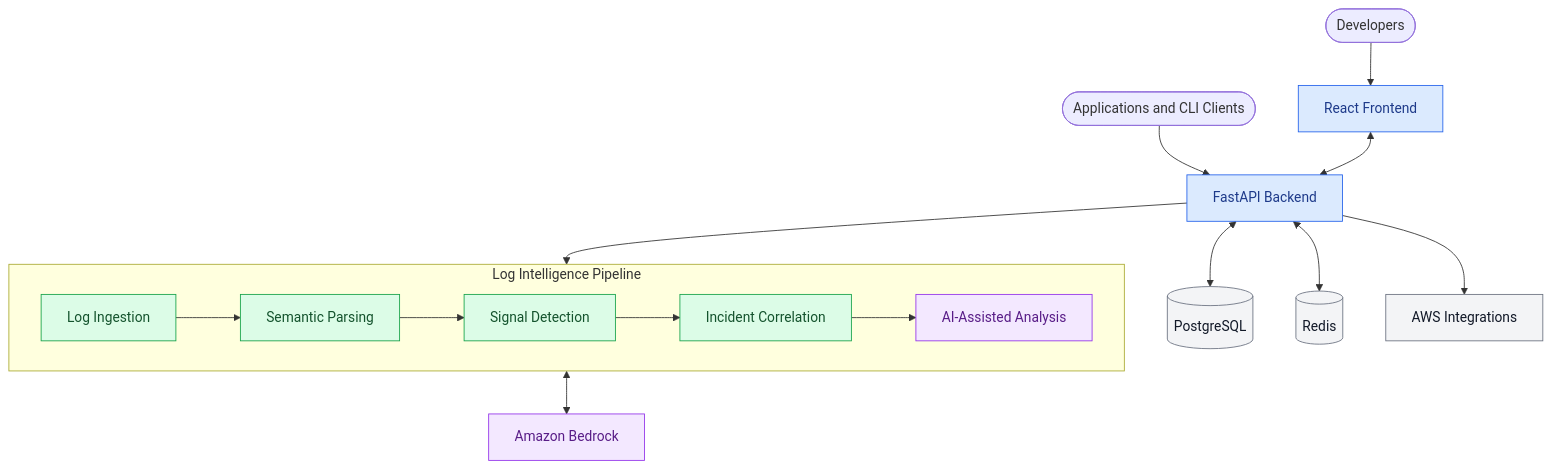
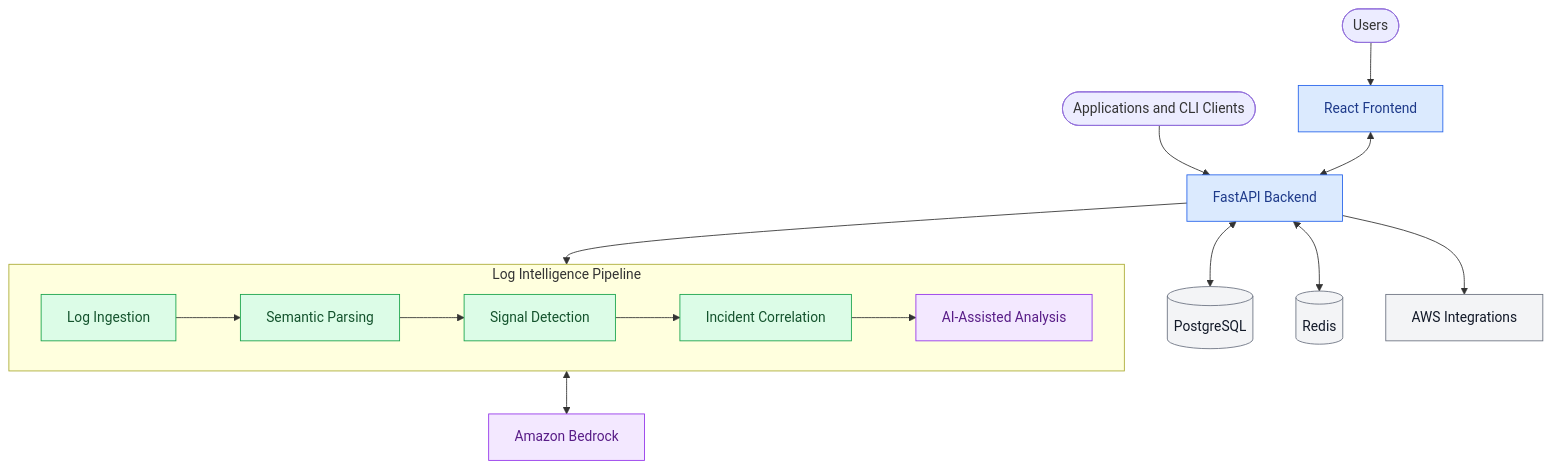
One commit to siddharthk8/SignalOps changed the second of 2 diagrams in README.md. Above: the diagram before and after it, drawn with Mermaid. The commit also changed 1 other file, not shown here.

Commit message:
docs: update CONTRIBUTING.md for clarity and consistency; modify README.md to reflect user terminology

````diff
--- a/README.md
+++ b/README.md
@@ -50,31 +50,31 @@
 ```mermaid
 flowchart TB
-    DEV(["Developers"]) --> FE["React Frontend"]
+    DEV(["Users"]) --> FE["React Frontend"]
     CLIENT(["Applications and CLI Clients"]) --> API["FastAPI Backend"]
     FE <--> API
 
     subgraph PIPELINE["Log Intelligence Pipeline"]
         direction LR
         ING["Log Ingestion"] --> PAR["Semantic Parsing"]
         PAR --> DET["Signal Detection"]
         DET --> COR["Incident Correlation"]
         COR --> AI["AI-Assisted Analysis"]
     end
 
     API --> ING
 
     API <--> DB[("PostgreSQL")]
     API <--> REDIS[("Redis")]
     AI <--> BEDROCK["Amazon Bedrock"]
     API --> AWS["AWS Integrations"]
 
     classDef app fill:#dbeafe,stroke:#2563eb,color:#1e3a8a
     classDef processing fill:#dcfce7,stroke:#16a34a,color:#14532d
     classDef intelligence fill:#f3e8ff,stroke:#9333ea,color:#581c87
     classDef infrastructure fill:#f3f4f6,stroke:#6b7280,color:#111827
 
     class FE,API app
     class ING,PAR,DET,COR processing
     class AI,BEDROCK intelligence
     class DB,REDIS,AWS infrastructure
 ```
````
